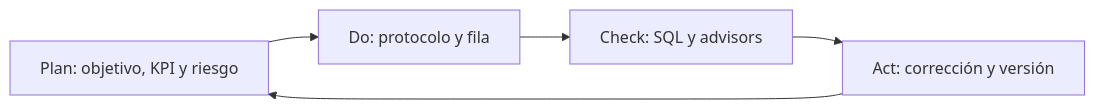
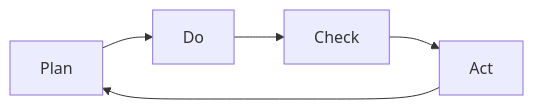
Before and after one commit to EstrategiaInmobiliaria/Tokenizer-extended: diagram 13 of 13 in docs/palm-lab-practica/iso/PD-SGC-MAN-001.md, drawn with Mermaid. The commit also changed other lines of this file and 4 other files, not shown here.

````diff
--- a/docs/palm-lab-practica/iso/PD-SGC-MAN-001.md
+++ b/docs/palm-lab-practica/iso/PD-SGC-MAN-001.md
@@ -654,7 +601,4 @@
 ```mermaid
 flowchart LR
-  P[Plan: objetivo, KPI y riesgo] --> D[Do: protocolo y fila]
-  D --> C[Check: SQL y advisors]
-  C --> A[Act: corrección y versión]
-  A --> P
+  P[Plan] --> D[Do] --> C[Check] --> A[Act] --> P
 ```
````
